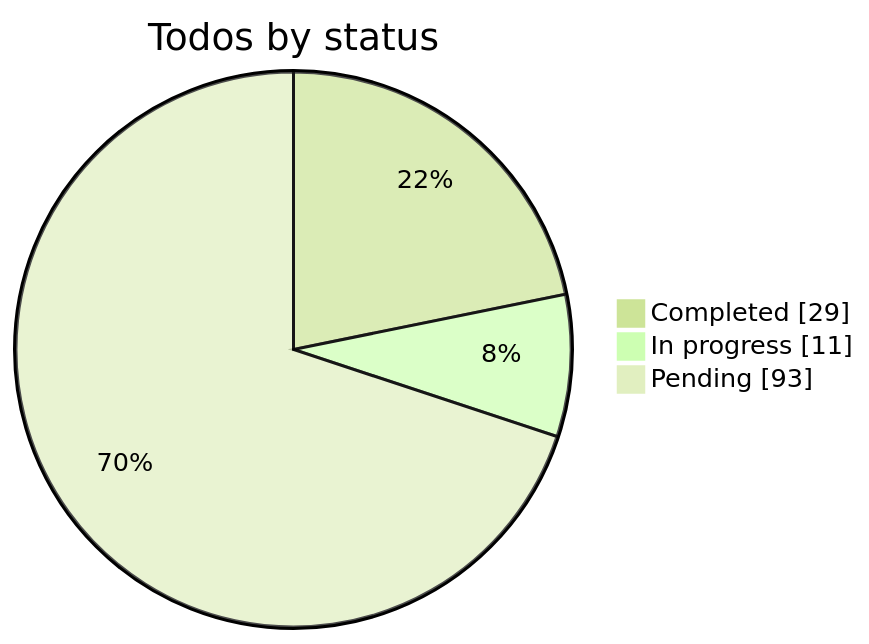
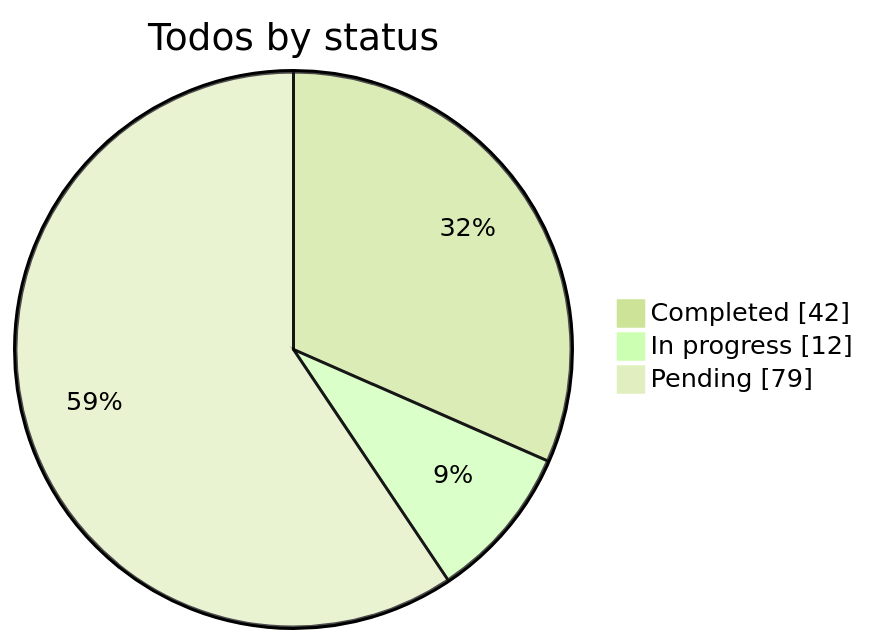
One commit to KantaPaul/next-cms changed the diagram in .cursor/plans/custom_builder_engine_refs.plan.md. Above: the diagram before and after it, drawn with Mermaid (forest theme). The commit also changed other lines of this file and 14 other files, not shown here.

````diff
--- a/.cursor/plans/custom_builder_engine_refs.plan.md
+++ b/.cursor/plans/custom_builder_engine_refs.plan.md
@@ -427,6 +427,6 @@
 ```mermaid
 pie showData title Todos by status
-  "Completed" : 29
-  "In progress" : 11
-  "Pending" : 93
+  "Completed" : 42
+  "In progress" : 12
+  "Pending" : 79
 ```
````
